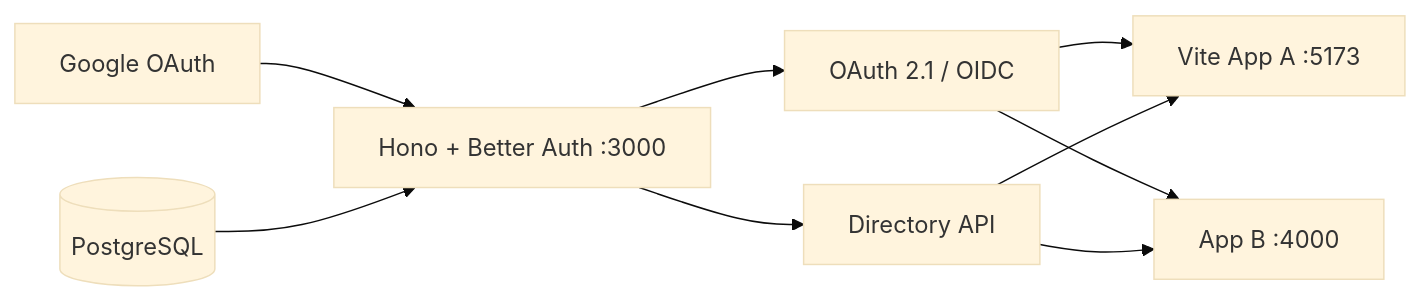
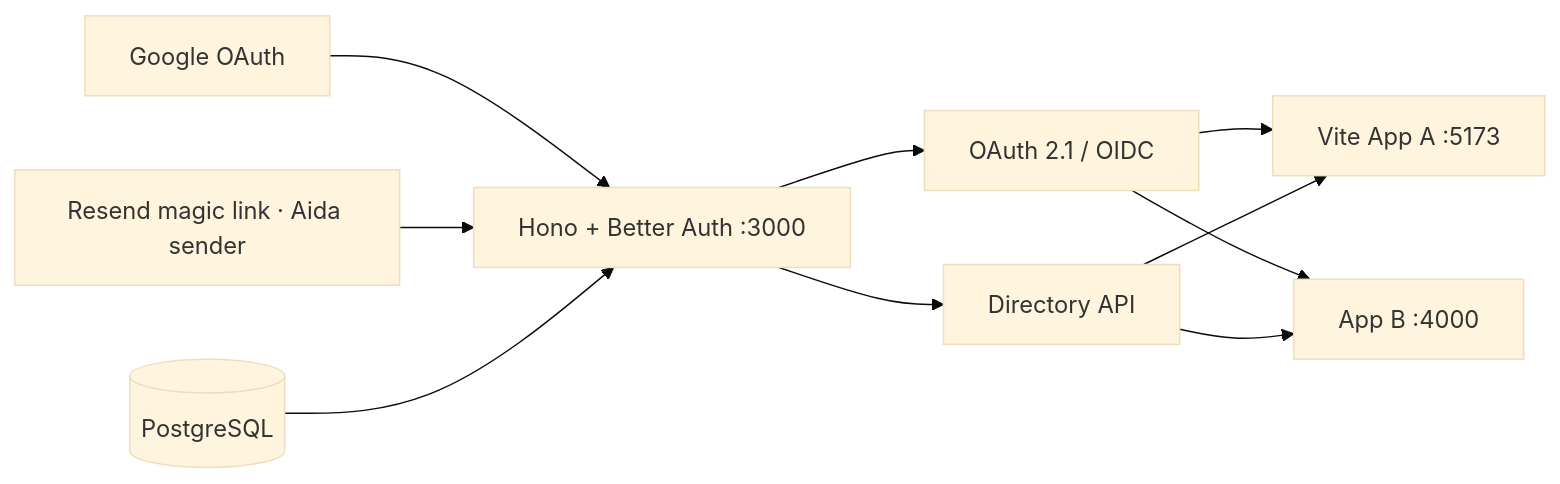
The diagram in README.md (smzwaldorf/auth), drawn with Mermaid (base theme) before and after one commit. The commit also changed other lines of this file and 20 other files, not shown here.

Commit message:
Add approved-user magic links with Resend and staging account checks

````diff
--- a/README.md
+++ b/README.md
@@ -16,11 +18,12 @@
 ```mermaid
 flowchart LR
   Google["Google OAuth"] --> Auth["Hono + Better Auth :3000"]
+  Email["Resend magic link · Aida sender"] --> Auth
   Postgres[("PostgreSQL")] --> Auth
   Auth --> OIDC["OAuth 2.1 / OIDC"]
   Auth --> Directory["Directory API"]
   OIDC --> AppA["Vite App A :5173"]
   OIDC --> AppB["App B :4000"]
   Directory --> AppA
   Directory --> AppB
 ```
````
